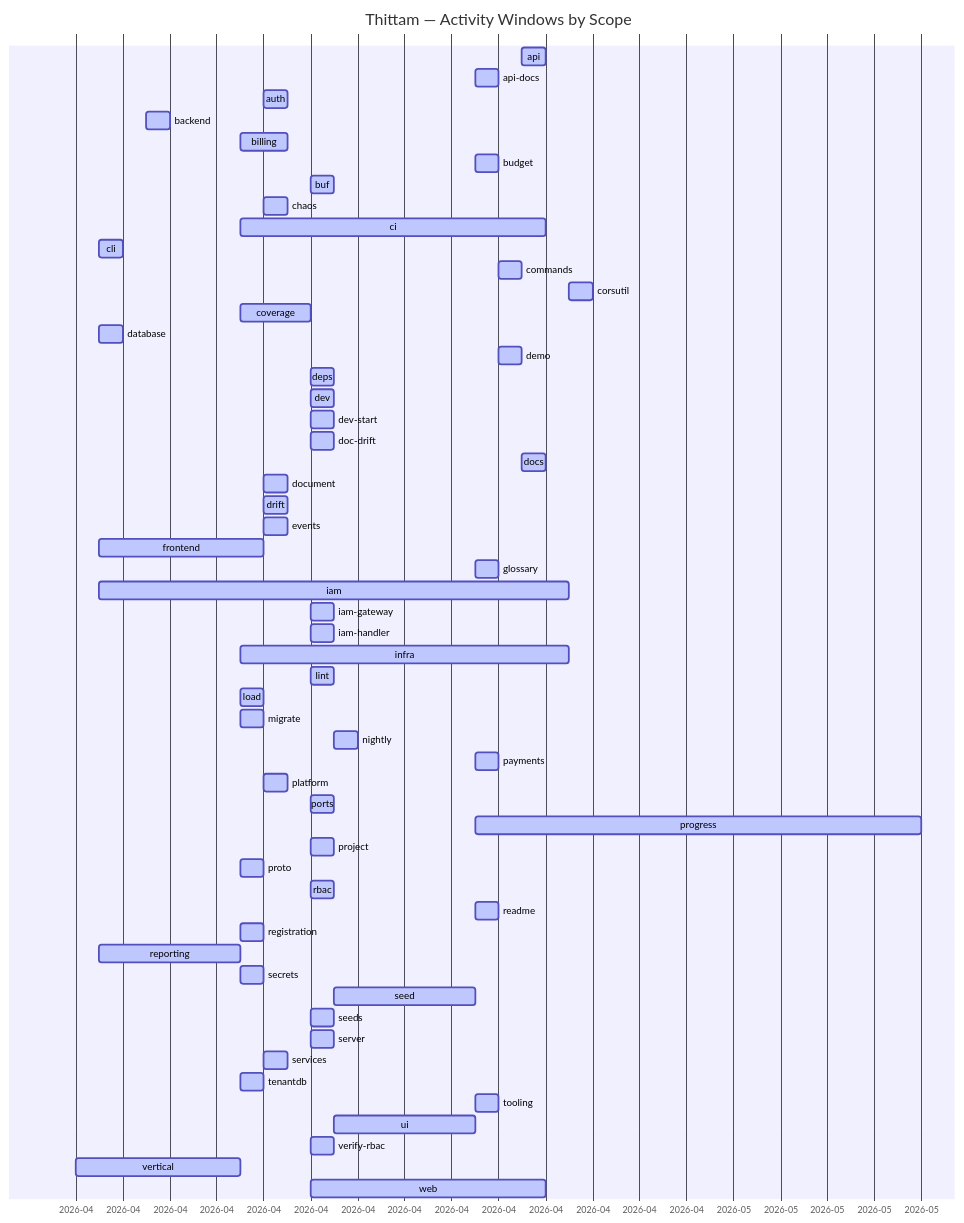
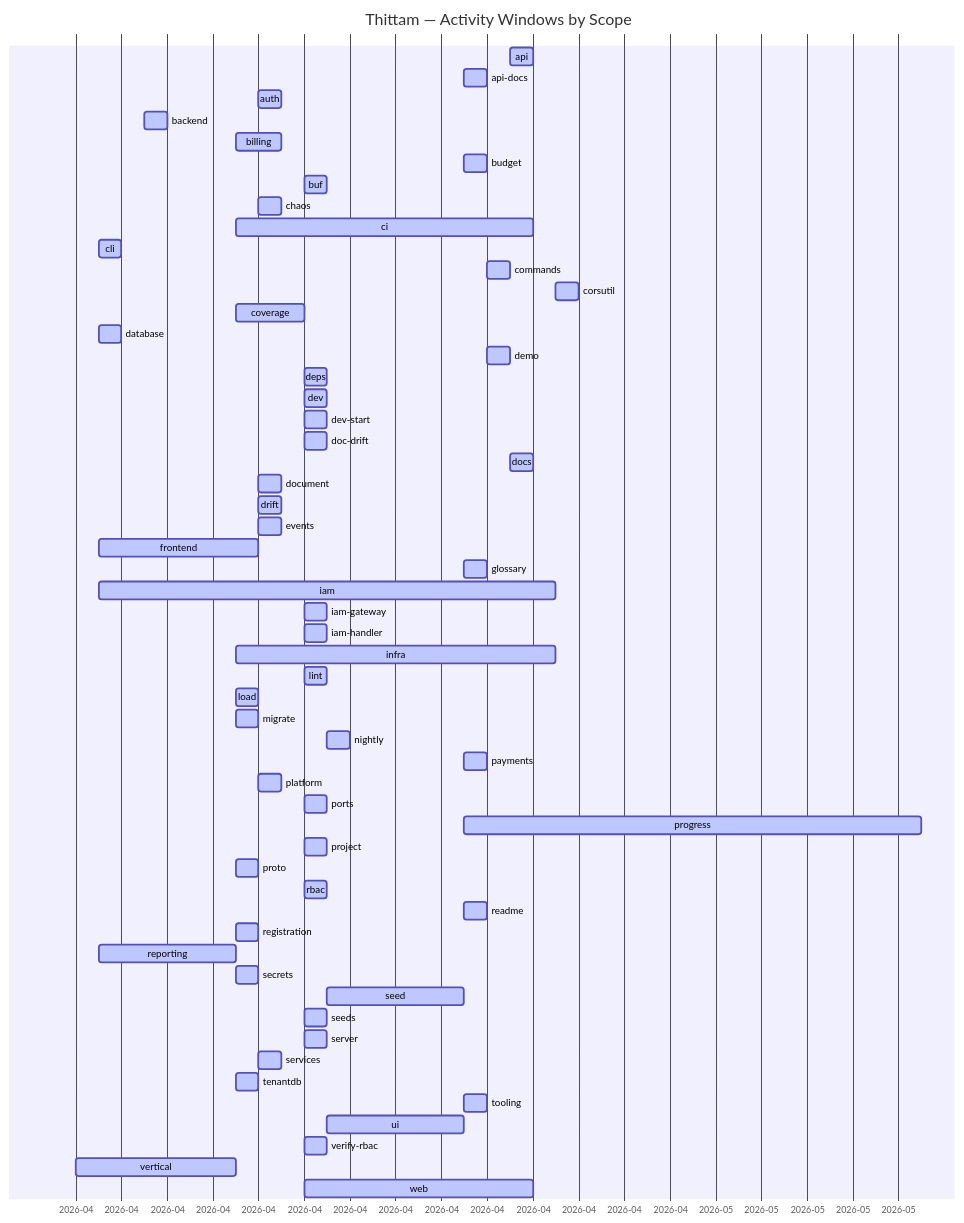
Before and after one commit to wegofwd2020-hub/thittam: the diagram in docs/PROGRESS.md, drawn with Mermaid. The commit also changed other lines of this file and 1 other file, not shown here.

Commit message:
chore(progress): nightly update of docs/PROGRESS.md + CSVs

````diff
--- a/docs/PROGRESS.md
+++ b/docs/PROGRESS.md
@@ -9,60 +9,60 @@
 ```mermaid
 gantt
     title Thittam — Activity Windows by Scope
     dateFormat YYYY-MM-DD
     axisFormat %Y-%m
     api                :active, s_api, 2026-04-22, 2026-04-23
     api-docs           :active, s_api_docs, 2026-04-20, 2026-04-21
     auth               :active, s_auth, 2026-04-11, 2026-04-12
     backend            :active, s_backend, 2026-04-06, 2026-04-07
     billing            :active, s_billing, 2026-04-10, 2026-04-12
     budget             :active, s_budget, 2026-04-20, 2026-04-21
     buf                :active, s_buf, 2026-04-13, 2026-04-14
     chaos              :active, s_chaos, 2026-04-11, 2026-04-12
     ci                 :active, s_ci, 2026-04-10, 2026-04-23
     cli                :active, s_cli, 2026-04-04, 2026-04-05
     commands           :active, s_commands, 2026-04-21, 2026-04-22
     corsutil           :active, s_corsutil, 2026-04-24, 2026-04-25
     coverage           :active, s_coverage, 2026-04-10, 2026-04-13
     database           :active, s_database, 2026-04-04, 2026-04-05
     demo               :active, s_demo, 2026-04-21, 2026-04-22
     deps               :active, s_deps, 2026-04-13, 2026-04-14
     dev                :active, s_dev, 2026-04-13, 2026-04-14
     dev-start          :active, s_dev_start, 2026-04-13, 2026-04-14
     doc-drift          :active, s_doc_drift, 2026-04-13, 2026-04-14
     docs               :active, s_docs, 2026-04-22, 2026-04-23
     document           :active, s_document, 2026-04-11, 2026-04-12
     drift              :active, s_drift, 2026-04-11, 2026-04-12
     events             :active, s_events, 2026-04-11, 2026-04-12
     frontend           :active, s_frontend, 2026-04-04, 2026-04-11
     glossary           :active, s_glossary, 2026-04-20, 2026-04-21
     iam                :active, s_iam, 2026-04-04, 2026-04-24
     iam-gateway        :active, s_iam_gateway, 2026-04-13, 2026-04-14
     iam-handler        :active, s_iam_handler, 2026-04-13, 2026-04-14
     infra              :active, s_infra, 2026-04-10, 2026-04-24
     lint               :active, s_lint, 2026-04-13, 2026-04-14
     load               :active, s_load, 2026-04-10, 2026-04-11
     migrate            :active, s_migrate, 2026-04-10, 2026-04-11
     nightly            :active, s_nightly, 2026-04-14, 2026-04-15
     payments           :active, s_payments, 2026-04-20, 2026-04-21
     platform           :active, s_platform, 2026-04-11, 2026-04-12
     ports              :active, s_ports, 2026-04-13, 2026-04-14
-    progress           :active, s_progress, 2026-04-20, 2026-05-09
+    progress           :active, s_progress, 2026-04-20, 2026-05-10
     project            :active, s_project, 2026-04-13, 2026-04-14
     proto              :active, s_proto, 2026-04-10, 2026-04-11
     rbac               :active, s_rbac, 2026-04-13, 2026-04-14
     readme             :active, s_readme, 2026-04-20, 2026-04-21
     registration       :active, s_registration, 2026-04-10, 2026-04-11
     reporting          :active, s_reporting, 2026-04-04, 2026-04-10
     secrets            :active, s_secrets, 2026-04-10, 2026-04-11
     seed               :active, s_seed, 2026-04-14, 2026-04-20
     seeds              :active, s_seeds, 2026-04-13, 2026-04-14
     server             :active, s_server, 2026-04-13, 2026-04-14
     services           :active, s_services, 2026-04-11, 2026-04-12
     tenantdb           :active, s_tenantdb, 2026-04-10, 2026-04-11
     tooling            :active, s_tooling, 2026-04-20, 2026-04-21
     ui                 :active, s_ui, 2026-04-14, 2026-04-20
     verify-rbac        :active, s_verify_rbac, 2026-04-13, 2026-04-14
     vertical           :active, s_vertical, 2026-04-03, 2026-04-10
     web                :active, s_web, 2026-04-13, 2026-04-23
 ```
````
